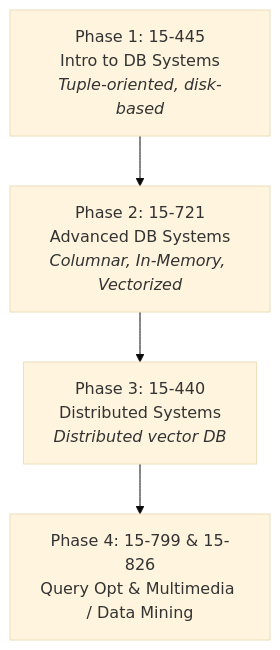
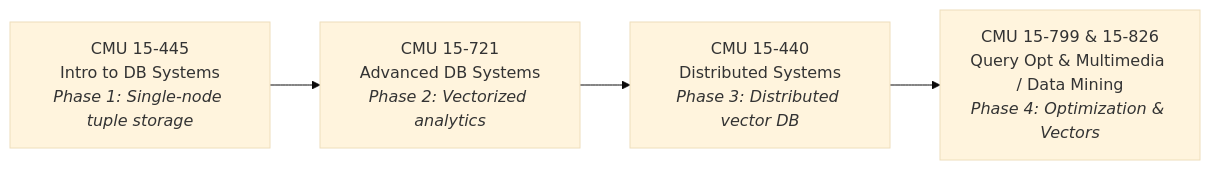
Before and after one commit to genuinebnt/db-labs: the diagram in docs/roadmap.md, drawn with Mermaid (base theme). The commit also changed other lines of this file and 2 other files, not shown here.

Commit message:
Re-append Phase 4 (15-799 and 15-826) to roadmap.md

````diff
--- a/docs/roadmap.md
+++ b/docs/roadmap.md
@@ -9,6 +5,6 @@
 ```mermaid
-graph TD
-    Phase1["Phase 1: 15-445<br>Intro to DB Systems<br><i>Tuple-oriented, disk-based</i>"] --> Phase2["Phase 2: 15-721<br>Advanced DB Systems<br><i>Columnar, In-Memory, Vectorized</i>"]
-    Phase2 --> Phase3["Phase 3: 15-440<br>Distributed Systems<br><i>Distributed vector DB</i>"]
-    Phase3 --> Phase4["Phase 4: 15-799 & 15-826<br>Query Opt & Multimedia / Data Mining"]
+graph LR
+    A["CMU 15-445<br>Intro to DB Systems<br><i>Phase 1: Single-node tuple storage</i>"] --> B["CMU 15-721<br>Advanced DB Systems<br><i>Phase 2: Vectorized analytics</i>"]
+    B --> C["CMU 15-440<br>Distributed Systems<br><i>Phase 3: Distributed vector DB</i>"]
+    C --> D["CMU 15-799 & 15-826<br>Query Opt & Multimedia / Data Mining<br><i>Phase 4: Optimization & Vectors</i>"]
 ```
````
